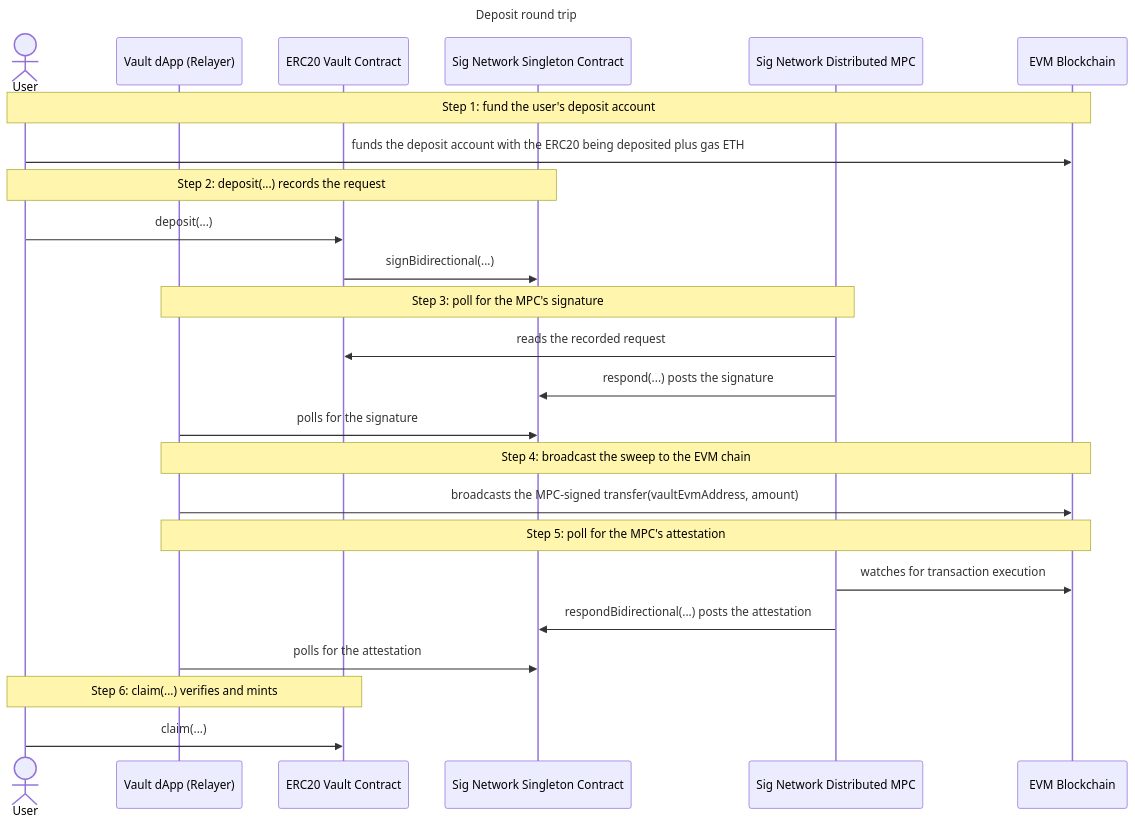
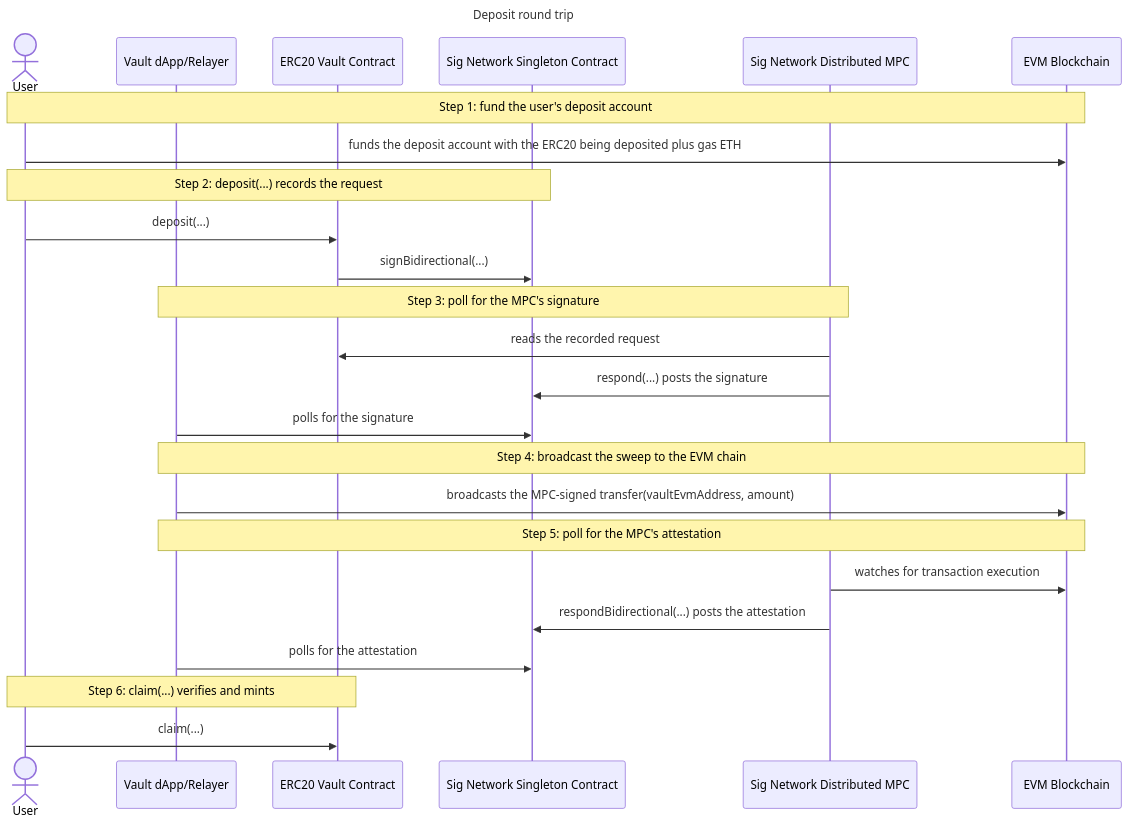
Before and after one commit to sig-net/midnight-examples: the diagram in examples/erc20-vault/docs/deposit/deposit.md, drawn with Mermaid. The commit also changed other lines of this file and 24 other files, not shown here.

First line of the commit message:
docs: dApp/Relayer spelled with a forward slash everywhere, actor boxes centred

````diff
--- a/examples/erc20-vault/docs/deposit/deposit.md
+++ b/examples/erc20-vault/docs/deposit/deposit.md
@@ -192,28 +192,28 @@
 ```mermaid
 sequenceDiagram
     title Deposit round trip
     actor User
-    participant DApp as Vault dApp (Relayer)
+    participant DApp as Vault dApp/Relayer
     participant Vault as ERC20 Vault Contract
     participant Singleton as Sig Network Singleton Contract
     participant MPC as Sig Network Distributed MPC
     participant EVM as EVM Blockchain
 
     Note over User,EVM: Step 1: fund the user's deposit account
     User->>EVM: funds the deposit account with the ERC20 being deposited plus gas ETH
     Note over User,Singleton: Step 2: deposit(...) records the request
     User->>Vault: deposit(...)
     Vault->>Singleton: signBidirectional(...)
     Note over DApp,MPC: Step 3: poll for the MPC's signature
     MPC->>Vault: reads the recorded request
     MPC->>Singleton: respond(...) posts the signature
     DApp->>Singleton: polls for the signature
     Note over DApp,EVM: Step 4: broadcast the sweep to the EVM chain
     DApp->>EVM: broadcasts the MPC-signed transfer(vaultEvmAddress, amount)
     Note over DApp,EVM: Step 5: poll for the MPC's attestation
     MPC->>EVM: watches for transaction execution
     MPC->>Singleton: respondBidirectional(...) posts the attestation
     DApp->>Singleton: polls for the attestation
     Note over User,Vault: Step 6: claim(...) verifies and mints
     User->>Vault: claim(...)
 ```
````
